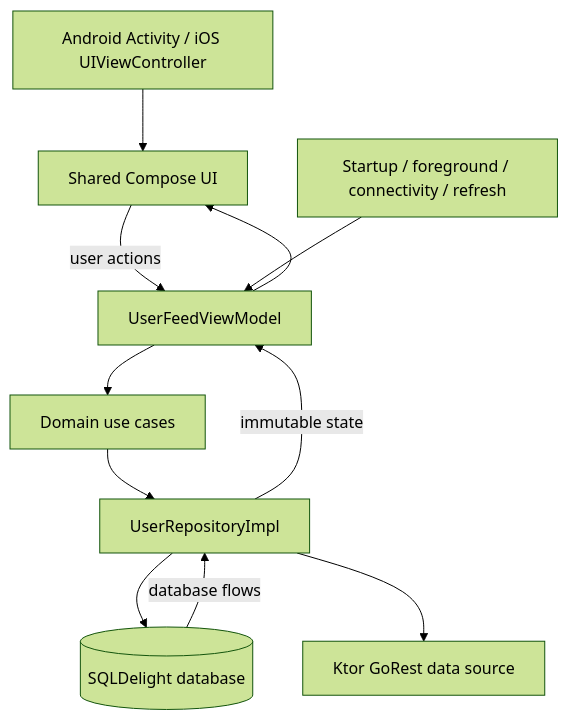
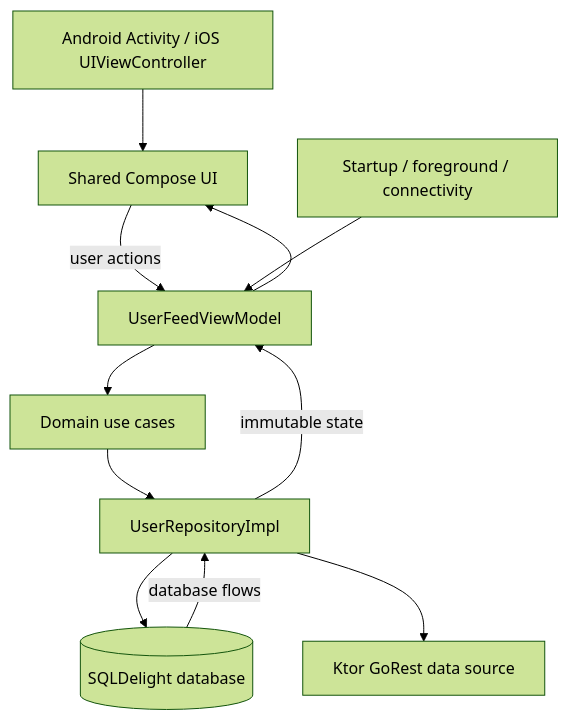
The diagram in README.md (yuenkl/Bill-User-Management-System), drawn with Mermaid (forest theme) before and after one commit. The commit also changed other lines of this file and 12 other files, not shown here.

````diff
--- a/README.md
+++ b/README.md
@@ -20,13 +20,13 @@
 ```mermaid
 flowchart TD
     A[Android Activity / iOS UIViewController] --> B[Shared Compose UI]
     B -->|user actions| C[UserFeedViewModel]
     C --> D[Domain use cases]
     D --> E[UserRepositoryImpl]
     E --> F[(SQLDelight database)]
     E --> G[Ktor GoRest data source]
-    I[Startup / foreground / connectivity / refresh] --> C
+    I[Startup / foreground / connectivity] --> C
     F -->|database flows| E
     E -->|immutable state| C
     C --> B
 ```
````
